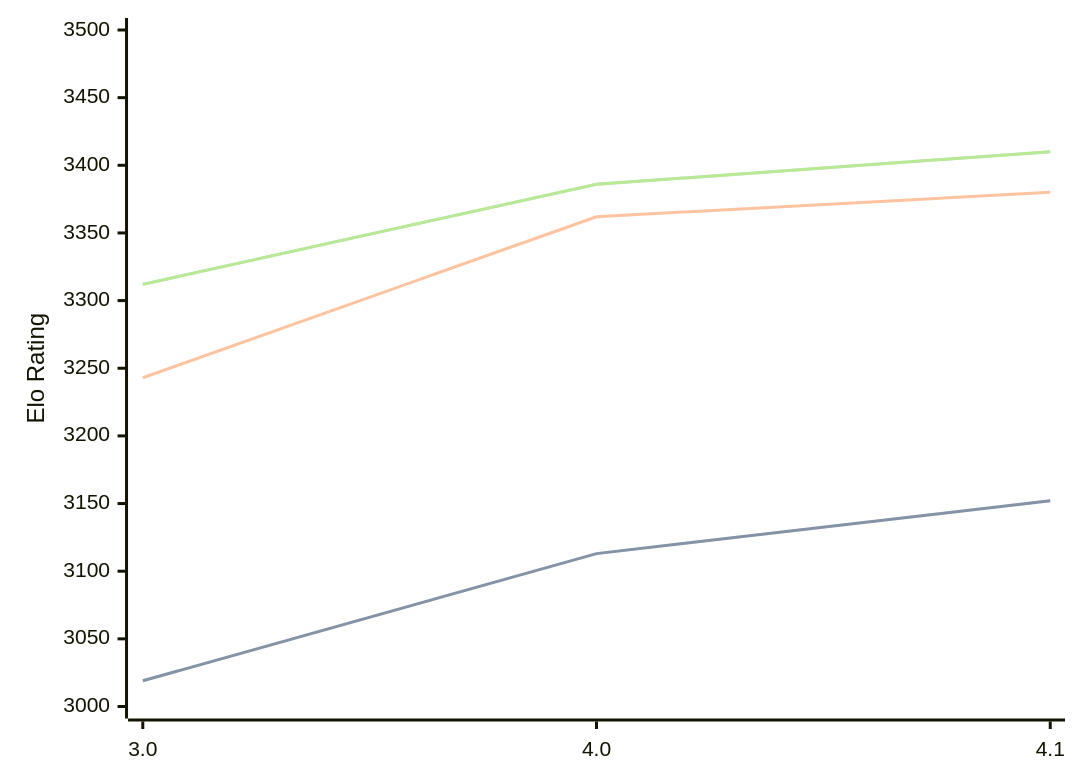
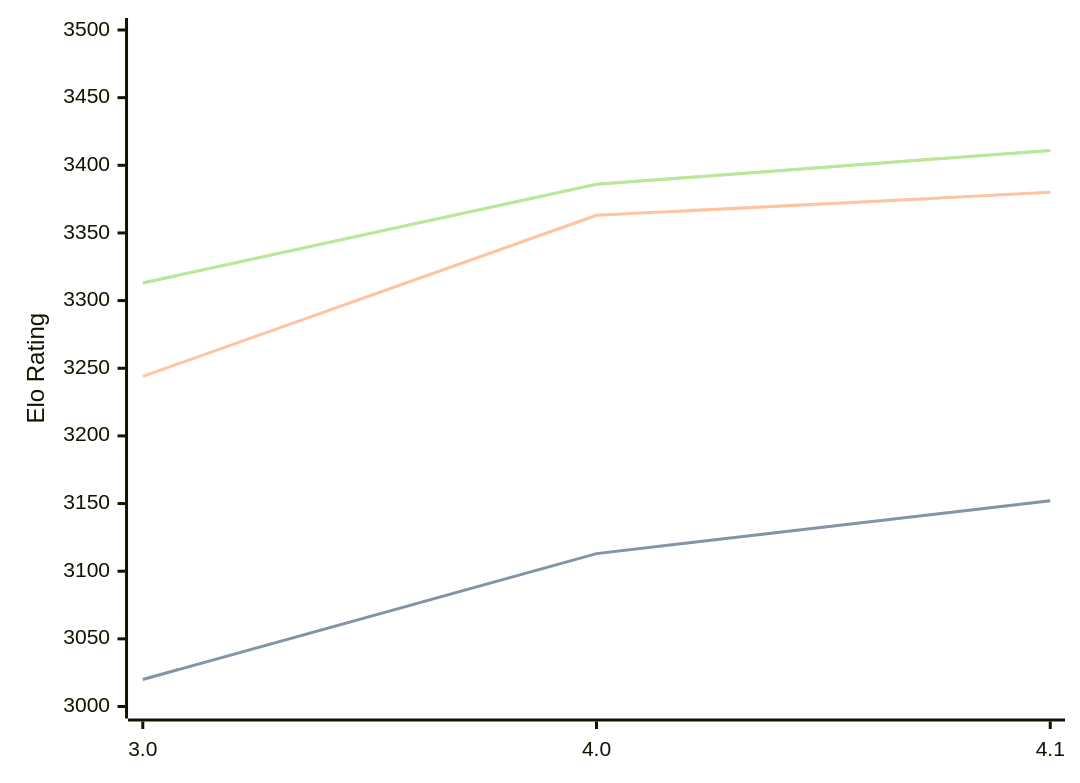
The first of 3 diagrams in engines/Eleanor.md (computer-chess-index/cci), drawn with Mermaid before and after one commit. The commit also changed other lines of this file, not shown here.

Commit message:
Update CCI Ratings (ELO VLTC) - 2026-07-13

````diff
--- a/engines/Eleanor.md
+++ b/engines/Eleanor.md
@@ -35,11 +35,11 @@
 ```mermaid
 %%{init: {"theme":"base","themeVariables":{"seriesColors:['#a3a3a3','#222221','#faa371']}}}%%
 xychart-beta
   x-axis ["3.0", "4.0", "4.1"]
   y-axis "Elo Rating" 3000 --> 3500
-  line "STC (8.0+0.08s)" [3019, 3113, 3152]
-  line "STC (8.0+0.08s)" [3019, 3113, 3152]
-  line "LTC (60.0+0.60s)" [3243, 3362, 3380]
-  line "VLTC (2m24s+1.12s)" [3312, 3386, 3410]
-  line "VLTC (2m24s+1.12s)" [3312, 3386, 3410]
+  line "STC (8.0+0.08s)" [3020, 3113, 3152]
+  line "STC (8.0+0.08s)" [3020, 3113, 3152]
+  line "LTC (60.0+0.60s)" [3244, 3363, 3380]
+  line "VLTC (2m24s+1.12s)" [3313, 3386, 3411]
+  line "VLTC (2m24s+1.12s)" [3313, 3386, 3411]
 ```
````
